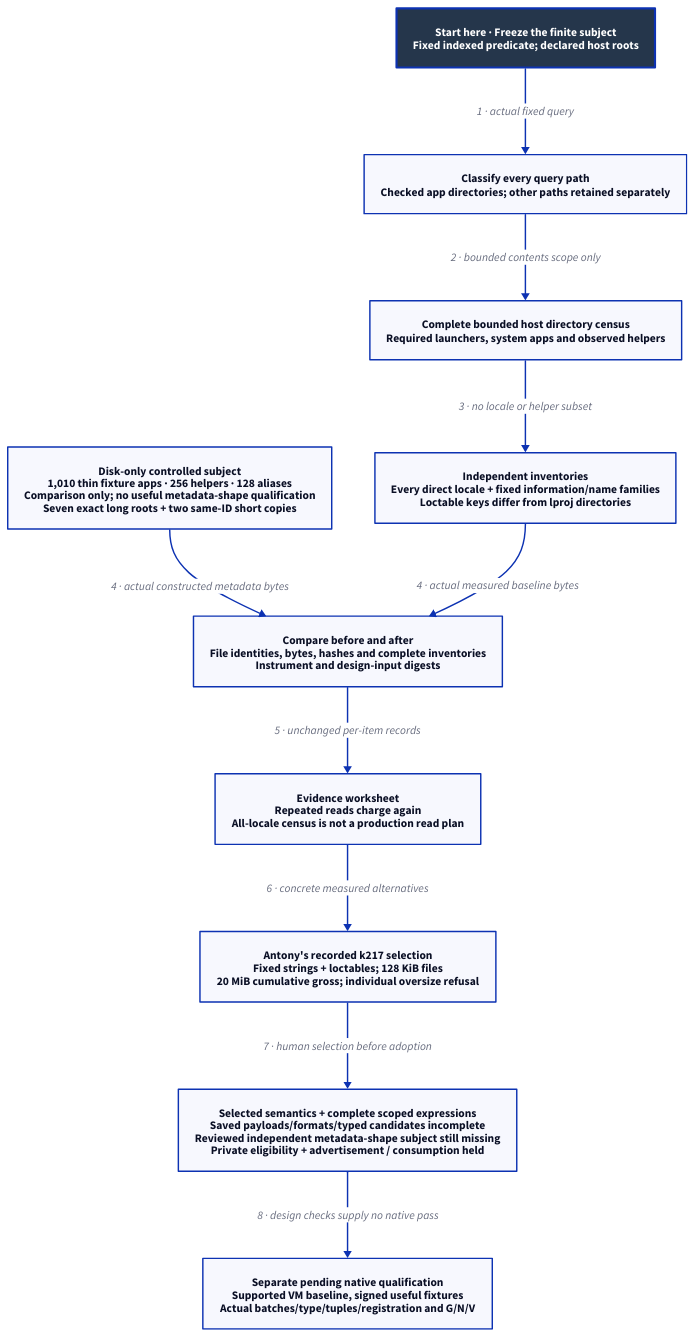
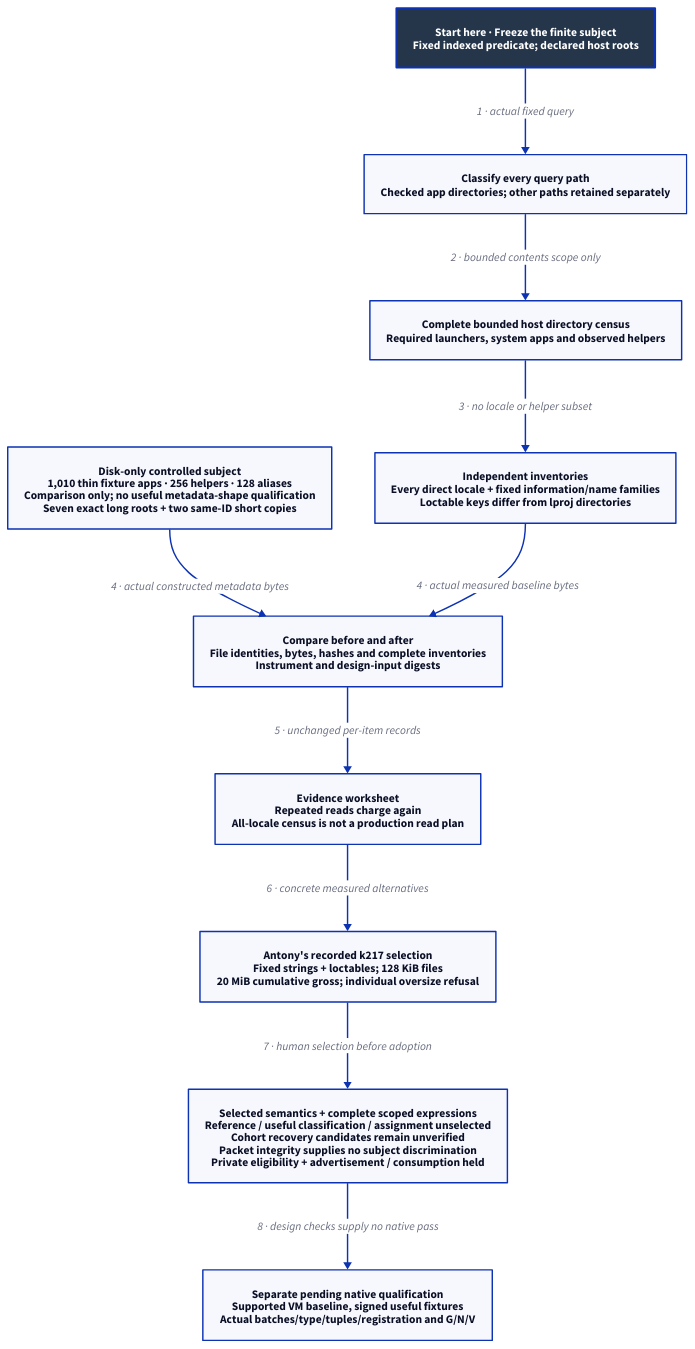
Before and after one commit to Linkuistics/Koine: the diagram in docs/design/architecture/native-metadata-subject.d2, drawn with D2. The commit also changed 37 other files, not shown here.

Commit message:
Repair the population evidence boundary (application-population-metadata-shape-k241)

```diff
--- a/docs/design/architecture/native-metadata-subject.d2
+++ b/docs/design/architecture/native-metadata-subject.d2
@@ -1,24 +1,24 @@
 # Historical design evidence and selected human contract; no native verdict.
 direction: down
 classes: {
   start: {style: {fill: "#25364B"; font-color: "#FFFFFF"; bold: true; stroke-width: 3}}
 }
 Start: "Start here · Freeze the finite subject\nFixed indexed predicate; declared host roots" {class: start}
 Classify: "Classify every query path\nChecked app directories; other paths retained separately"
 Baseline: "Complete bounded host directory census\nRequired launchers, system apps and observed helpers"
 Inventory: "Independent inventories\nEvery direct locale + fixed information/name families\nLoctable keys differ from lproj directories"
 Fixtures: "Disk-only controlled subject\n1,010 thin fixture apps · 256 helpers · 128 aliases\nComparison only; no useful metadata-shape qualification\nSeven exact long roots + two same-ID short copies"
 Freeze: "Compare before and after\nFile identities, bytes, hashes and complete inventories\nInstrument and design-input digests"
 Worksheet: "Evidence worksheet\nRepeated reads charge again\nAll-locale census is not a production read plan"
 Choice: "Antony's recorded k217 selection\nFixed strings + loctables; 128 KiB files\n20 MiB cumulative gross; individual oversize refusal"
-Design: "Selected semantics + complete scoped expressions\nSaved payloads/formats/typed candidates incomplete\nReviewed independent metadata-shape subject still missing\nPrivate eligibility + advertisement / consumption held"
+Design: "Selected semantics + complete scoped expressions\nReference / useful classification / assignment unselected\nCohort recovery candidates remain unverified\nPacket integrity supplies no subject discrimination\nPrivate eligibility + advertisement / consumption held"
 Native: "Separate pending native qualification\nSupported VM baseline, signed useful fixtures\nActual batches/type/tuples/registration and G/N/V"
 Start -> Classify: "1 · actual fixed query"
 Classify -> Baseline: "2 · bounded contents scope only"
 Baseline -> Inventory: "3 · no locale or helper subset"
 Fixtures -> Freeze: "4 · actual constructed metadata bytes"
 Inventory -> Freeze: "4 · actual measured baseline bytes"
 Freeze -> Worksheet: "5 · unchanged per-item records"
 Worksheet -> Choice: "6 · concrete measured alternatives"
 Choice -> Design: "7 · human selection before adoption"
 Design -> Native: "8 · design checks supply no native pass"
```
